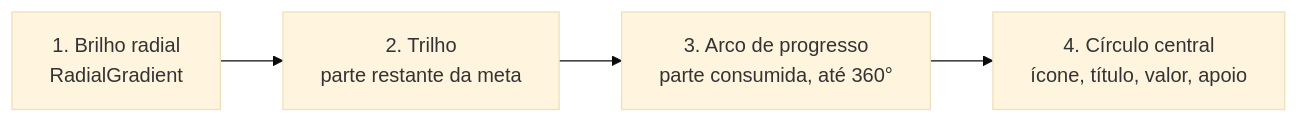
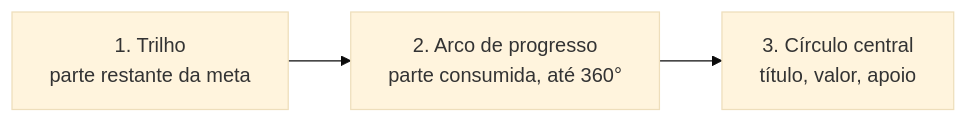
One commit to ReynanFC/HydroTrack changed the fourth of 9 diagrams in README.md. Above: the diagram before and after it, drawn with Mermaid (base theme). The commit also changed other lines of this file and 2 other files, not shown here.

````diff
--- a/README.md
+++ b/README.md
@@ -281,6 +279,5 @@
 ```mermaid
 flowchart LR
-    A[1. Brilho radial<br/>RadialGradient] --> B[2. Trilho<br/>parte restante da meta]
-    B --> C[3. Arco de progresso<br/>parte consumida, até 360°]
-    C --> E[4. Círculo central<br/>ícone, título, valor, apoio]
+    B[1. Trilho<br/>parte restante da meta] --> C[2. Arco de progresso<br/>parte consumida, até 360°]
+    C --> E[3. Círculo central<br/>título, valor, apoio]
 ```
````
